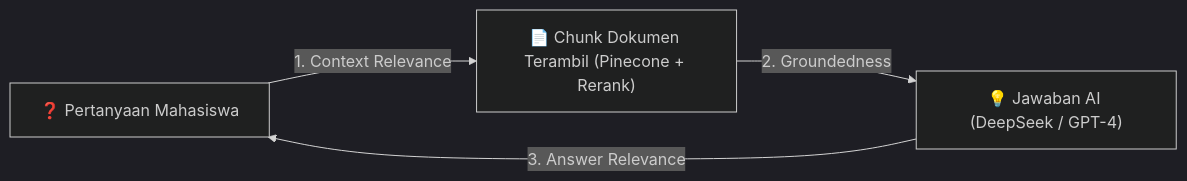
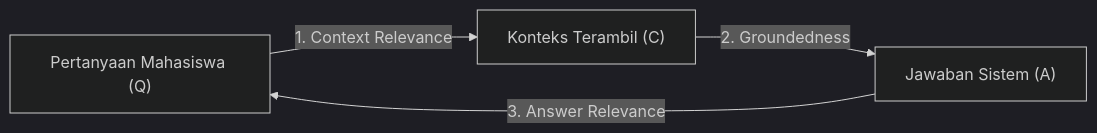
The third of 3 diagrams in PRD.md (848ill/IMUII-AI-RAG), drawn with Mermaid (dark theme) before and after one commit. The commit also changed other lines of this file, not shown here.

````diff
--- a/PRD.md
+++ b/PRD.md
@@ -393,6 +416,6 @@
 ```mermaid
 graph LR
-    Query["❓ Pertanyaan Mahasiswa"] -->|1. Context Relevance| Context["📄 Chunk Dokumen Terambil (Pinecone + Rerank)"]
-    Context -->|2. Groundedness| Answer["💡 Jawaban AI (DeepSeek / GPT-4)"]
-    Answer -->|3. Answer Relevance| Query
+    UserQuestion["Pertanyaan Mahasiswa (Q)"] -->|1. Context Relevance| ContextDocs["Konteks Terambil (C)"]
+    ContextDocs -->|2. Groundedness| SystemAnswer["Jawaban Sistem (A)"]
+    SystemAnswer -->|3. Answer Relevance| UserQuestion
 ```
````
